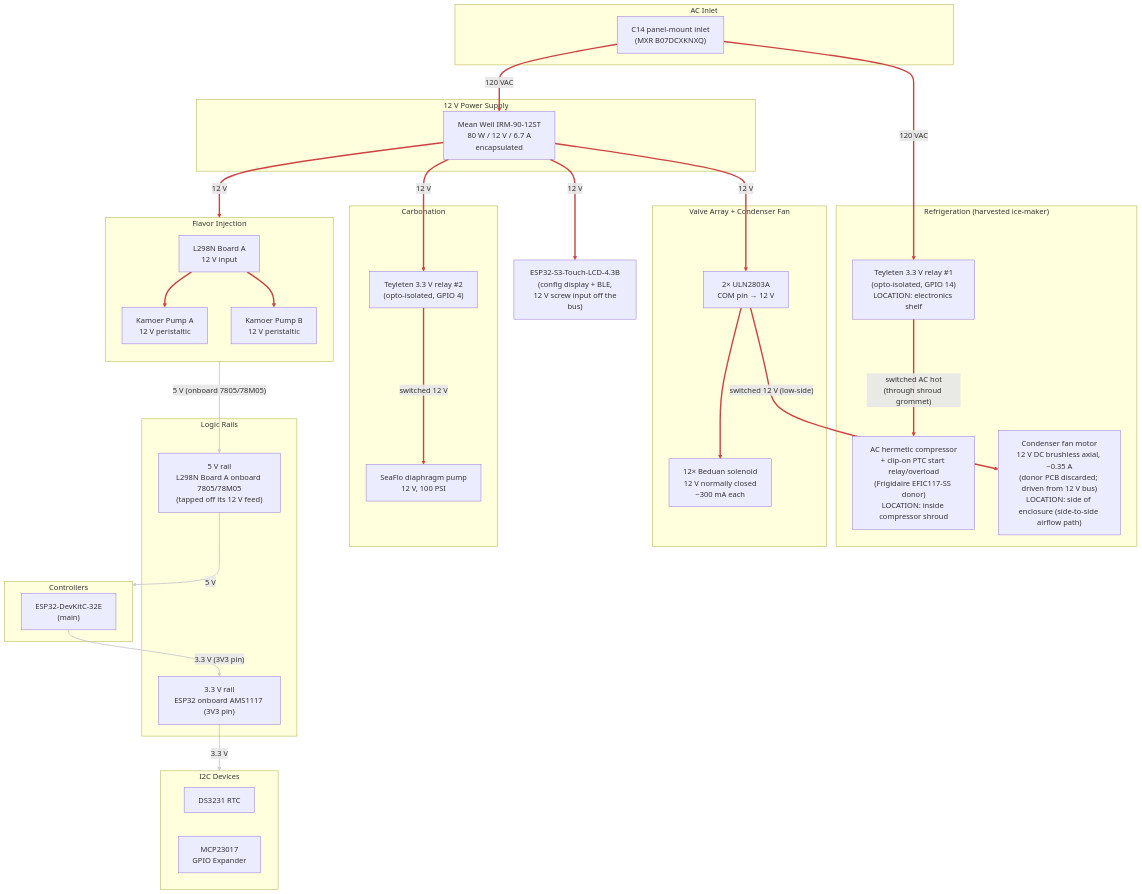
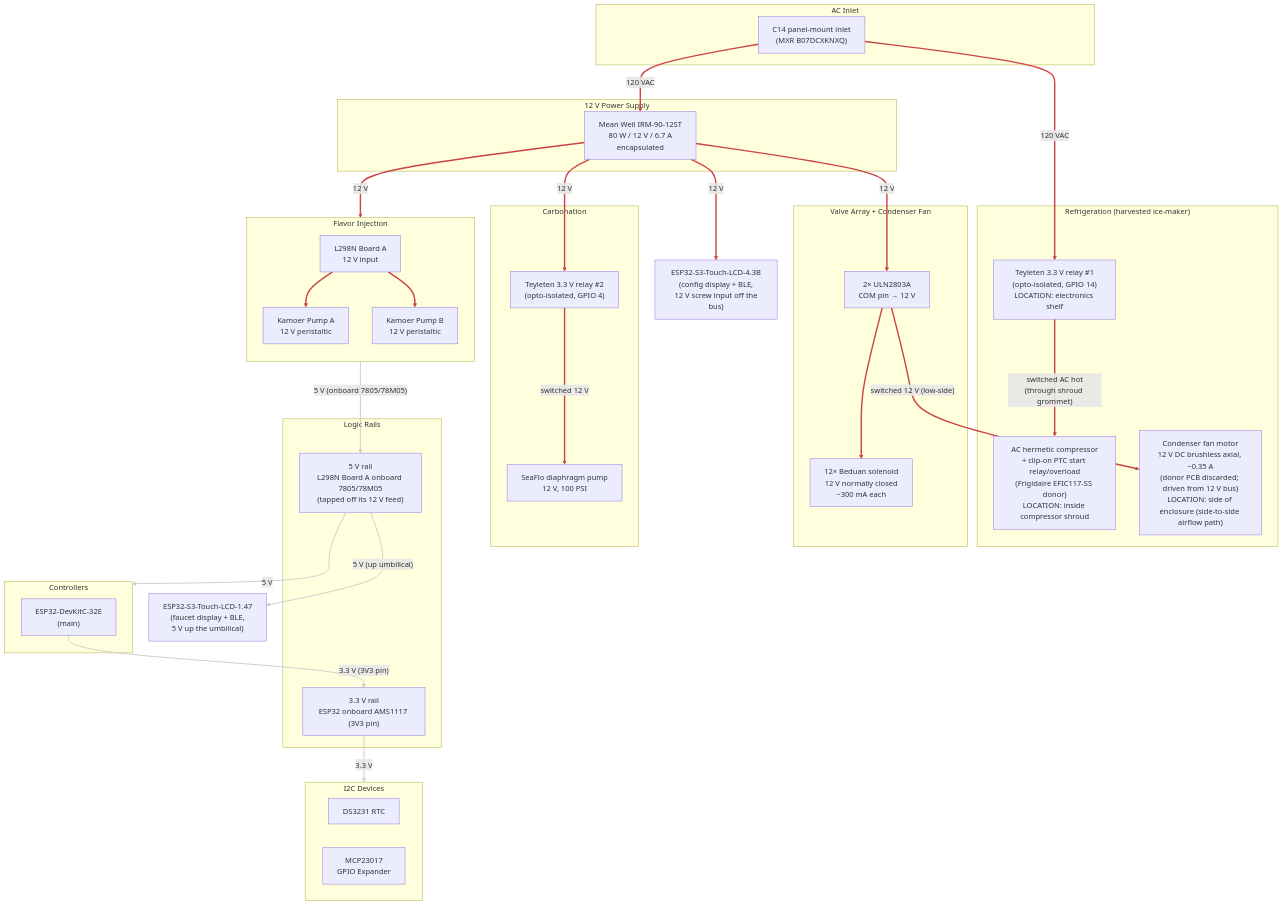
Before and after one commit to derekbreden/homesodamachine: the diagram in hardware/wiring/power.mmd, drawn with Mermaid. The commit also changed 7 other files, not shown here.

```diff
--- a/hardware/wiring/power.mmd
+++ b/hardware/wiring/power.mmd
@@ -1,132 +1,137 @@
 flowchart TD
 
   %% Power Distribution (current plan).
   %% 120 VAC mains in via C14 inlet; Mean Well 12 V PSU supplies the
   %% 12 V bus for everything except the compressor itself, which runs
   %% on switched mains via Teyleten relay #1 (ESP32 GPIO 14). The 12 V
   %% diaphragm pump is gated by Teyleten relay #2 (ESP32 GPIO 4) so
   %% firmware can keep refill off during an active dispense.
   %% The 5 V logic rail is the L298N Board A onboard 7805/78M05, made
-  %% from the 12 V at its VS input; it powers the base ESP32 and the
-  %% relay VCC. The ESP32's onboard AMS1117 supplies 3.3 V on its 3V3
+  %% from the 12 V at its VS input; it powers the base ESP32, the relay
+  %% VCC, and the faucet display (5 V up the umbilical). The ESP32's
+  %% onboard AMS1117 supplies 3.3 V on its 3V3
   %% pin to the I2C devices.
   %% Physical placement:
   %% - The C14 inlet, AC distribution, PSU, both Teyleten relays, the
   %%   ESP32, MCP23017, ULN2803A pair, and L298N all sit on a single
   %%   electronics shelf at the top-back of the enclosure, behind the
   %%   rear-panel C14 inlet.
   %% - The compressor sits middle-bottom inside a fire-rated metal
   %%   shroud (because the appliance is going into kitchens used by
   %%   friends, family, and customers the founder knows by name, and
   %%   safe handling of the R-600a charge is what UL 60335-2-89
   %%   actually requires); its clip-on PTC start relay + overload
   %%   module is co-located with the compressor body inside the shroud.
   %% - Teyleten relay #1 stays on the SHELF, OUTSIDE the shroud.
   %%   Only switched AC enters the shroud (one wire bundle through one
   %%   grommet: switched H + N + chassis G). This avoids placing an
   %%   arcing contact inside the protected hydrocarbon-refrigerant
   %%   compartment.
   %% - The condenser fan motor is on the side of the enclosure
   %%   (the side-to-side intake → condenser → exhaust airflow path)
   %%   and is OUTSIDE the shroud. It is a 12 V DC brushless axial
   %%   fan: the donor ice maker's own PCB regulated mains to 12 V
   %%   to drive it (factory wiring was never AC on the fan itself),
   %%   so on harvest we discard the donor PCB and drive the fan
   %%   from our own 12 V bus. Low-side switched via one channel of
   %%   ULN2803A #2 driven from MCP23017 0x21 PA4 — same pattern as
   %%   the solenoid valves. Firmware turns it on/off in lockstep
   %%   with the compressor.
   %% See `ac-wiring-schedule.md` for run-by-run gauges + lengths and
   %% `../cut-parts/compressor-shroud/` for the shroud part.
 
   subgraph AC_Inlet["AC Inlet"]
     C14["C14 panel-mount inlet\n(MXR B07DCXKNXQ)"]
   end
 
   subgraph Supply["12 V Power Supply"]
     PSU["Mean Well IRM-90-12ST\n80 W / 12 V / 6.7 A\nencapsulated"]
   end
 
   subgraph Refrigeration["Refrigeration  (harvested ice-maker)"]
     RELAY["Teyleten 3.3 V relay #1\n(opto-isolated, GPIO 14)\nLOCATION: electronics shelf"]
     COMP_AC["AC hermetic compressor\n+ clip-on PTC start relay/overload\n(Frigidaire EFIC117-SS donor)\nLOCATION: inside compressor shroud"]
     COND_FAN["Condenser fan motor\n12 V DC brushless axial, ~0.35 A\n(donor PCB discarded; driven from 12 V bus)\nLOCATION: side of enclosure (side-to-side airflow path)"]
     RELAY ==>|"switched AC hot\n(through shroud grommet)"| COMP_AC
   end
 
   subgraph Valve_Power["Valve Array + Condenser Fan"]
     ULN["2× ULN2803A\nCOM pin → 12 V"]
     VALVES["12× Beduan solenoid\n12 V normally closed\n~300 mA each"]
     ULN ==> VALVES
   end
 
   subgraph Carbonation["Carbonation"]
     DIA_RELAY["Teyleten 3.3 V relay #2\n(opto-isolated, GPIO 4)"]
     DIA_PUMP["SeaFlo diaphragm pump\n12 V, 100 PSI"]
     DIA_RELAY ==>|"switched 12 V"| DIA_PUMP
   end
 
   subgraph Regulation["Logic Rails"]
     REG_5V["5 V rail\nL298N Board A onboard 7805/78M05\n(tapped off its 12 V feed)"]
     REG_3V3["3.3 V rail\nESP32 onboard AMS1117 (3V3 pin)"]
   end
 
   subgraph Flavor["Flavor Injection"]
     direction TB
     L298["L298N Board A\n12 V input"]
     PUMP_A["Kamoer Pump A\n12 V peristaltic"]
     PUMP_B["Kamoer Pump B\n12 V peristaltic"]
     L298 ==> PUMP_A
     L298 ==> PUMP_B
   end
 
   %% Condenser fan rides the same low-side switching pattern as the
   %% solenoid valves: one ULN2803A #2 channel (driven from MCP23017
   %% 0x21 PA4) sinks the fan's return when commanded. Crossing the
   %% subgraph boundary is intentional — the fan is semantically part
   %% of Refrigeration, but its switching topology is the valve pattern.
   ULN ==>|"switched 12 V (low-side)"| COND_FAN
 
   subgraph MCUs["Controllers"]
     ESP32["ESP32-DevKitC-32E\n(main)"]
   end
 
   CFG["ESP32-S3-Touch-LCD-4.3B\n(config display + BLE,\n 12 V screw input off the bus)"]
 
+  FAUCET["ESP32-S3-Touch-LCD-1.47\n(faucet display + BLE,\n 5 V up the umbilical)"]
+
   subgraph I2C_Devices["I2C Devices"]
     RTC["DS3231 RTC"]
     MCP["MCP23017\nGPIO Expander"]
   end
 
   %% AC distribution (hot leg)
   C14 ==>|"120 VAC"| RELAY
   C14 ==>|"120 VAC"| PSU
 
   %% 12 V distribution
   PSU ==>|"12 V"| DIA_RELAY
   PSU ==>|"12 V"| L298
   PSU ==>|"12 V"| ULN
   PSU ==>|"12 V"| CFG
 
   %% Logic rails (derived on-board, not dedicated parts)
   L298 -->|"5 V (onboard 7805/78M05)"| REG_5V
   REG_5V -->|"5 V"| MCUs
+  REG_5V -->|"5 V (up umbilical)"| FAUCET
   ESP32 -->|"3.3 V (3V3 pin)"| REG_3V3
   REG_3V3 -->|"3.3 V"| I2C_Devices
 
   %% Power paths (red, thick).
   %% 0    = relay #1 -> compressor (switched AC, through shroud)
   %% 1    = Teyleten relay #2 -> diaphragm pump (switched 12 V)
   %% 2-3  = L298 -> peristaltic pumps
   %% 4    = ULN2803A -> solenoid valves
   %% 5    = ULN2803A -> condenser fan (switched 12 V, low-side)
   %% 6-7  = C14 -> relay #1, C14 -> PSU (AC mains)
   %% 8-10 = PSU 12 V trunk to diaphragm relay, L298N, ULN2803A
   %% 11   = PSU 12 V -> 4.3B config display
   linkStyle 0,1,2,3,4,5,6,7,8,9,10,11 stroke:#c44,stroke-width:3px
   %% Logic rails (5 V, 3.3 V), derived on-board: white workhorse.
   %% 12 = L298N onboard reg -> 5 V rail
-  %% 13 = 5 V rail -> MCUs
-  %% 14 = ESP32 onboard AMS1117 (3V3 pin) -> 3.3 V rail
-  %% 15 = 3.3 V rail -> I2C devices
-  linkStyle 12,13,14,15 stroke:#ccc,stroke-width:2px
+  %% 13 = 5 V rail -> base ESP32
+  %% 14 = 5 V rail -> faucet display (up umbilical)
+  %% 15 = ESP32 onboard AMS1117 (3V3 pin) -> 3.3 V rail
+  %% 16 = 3.3 V rail -> I2C devices
+  linkStyle 12,13,14,15,16 stroke:#ccc,stroke-width:2px
```
